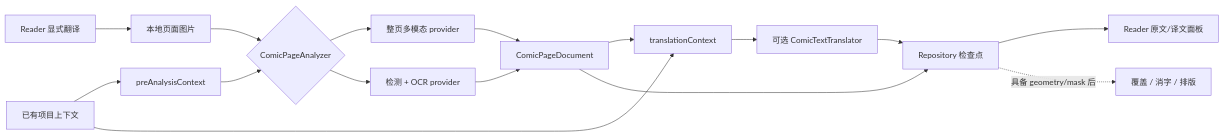
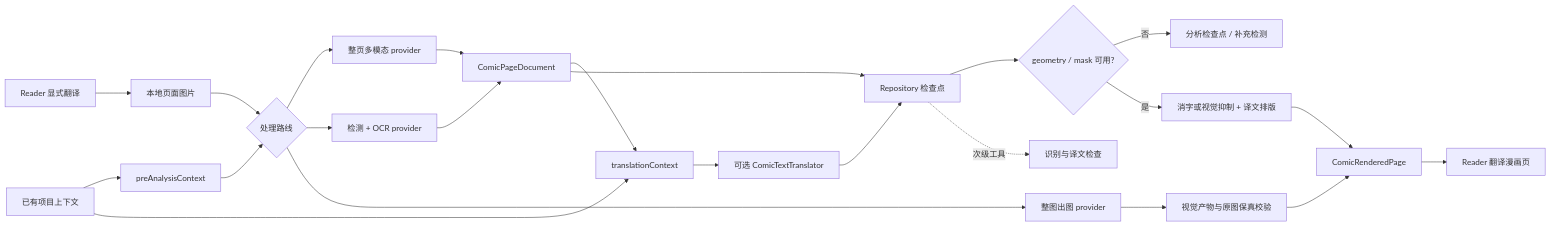
Before and after one commit to erosTeam/NextE: the diagram in docs/manga-translation-design.md, drawn with Mermaid. The commit also changed other lines of this file and 8 other files, not shown here.

````diff
--- a/docs/manga-translation-design.md
+++ b/docs/manga-translation-design.md
@@ -75,18 +100,25 @@
 ```mermaid
 flowchart LR
     A["Reader 显式翻译"] --> B["本地页面图片"]
     P["已有项目上下文"] --> G1["preAnalysisContext"]
     G1 --> C
-    B --> C{"ComicPageAnalyzer"}
+    B --> C{"处理路线"}
     C --> D["整页多模态 provider"]
     C --> E["检测 + OCR provider"]
+    C --> Q["整图出图 provider"]
     D --> F["ComicPageDocument"]
     E --> F
     P --> G2["translationContext"]
     F --> G2
     G2 --> H["可选 ComicTextTranslator"]
     F --> I["Repository 检查点"]
     H --> I
-    I --> J["Reader 原文/译文面板"]
-    I -. "具备 geometry/mask 后" .-> K["覆盖 / 消字 / 排版"]
+    I --> J{"geometry / mask 可用?"}
+    J -->|否| L["分析检查点 / 补充检测"]
+    J -->|是| K["消字或视觉抑制 + 译文排版"]
+    K --> M["ComicRenderedPage"]
+    Q --> R["视觉产物与原图保真校验"]
+    R --> M
+    M --> N["Reader 翻译漫画页"]
+    I -. "次级工具" .-> O["识别与译文检查"]
 ```
````
